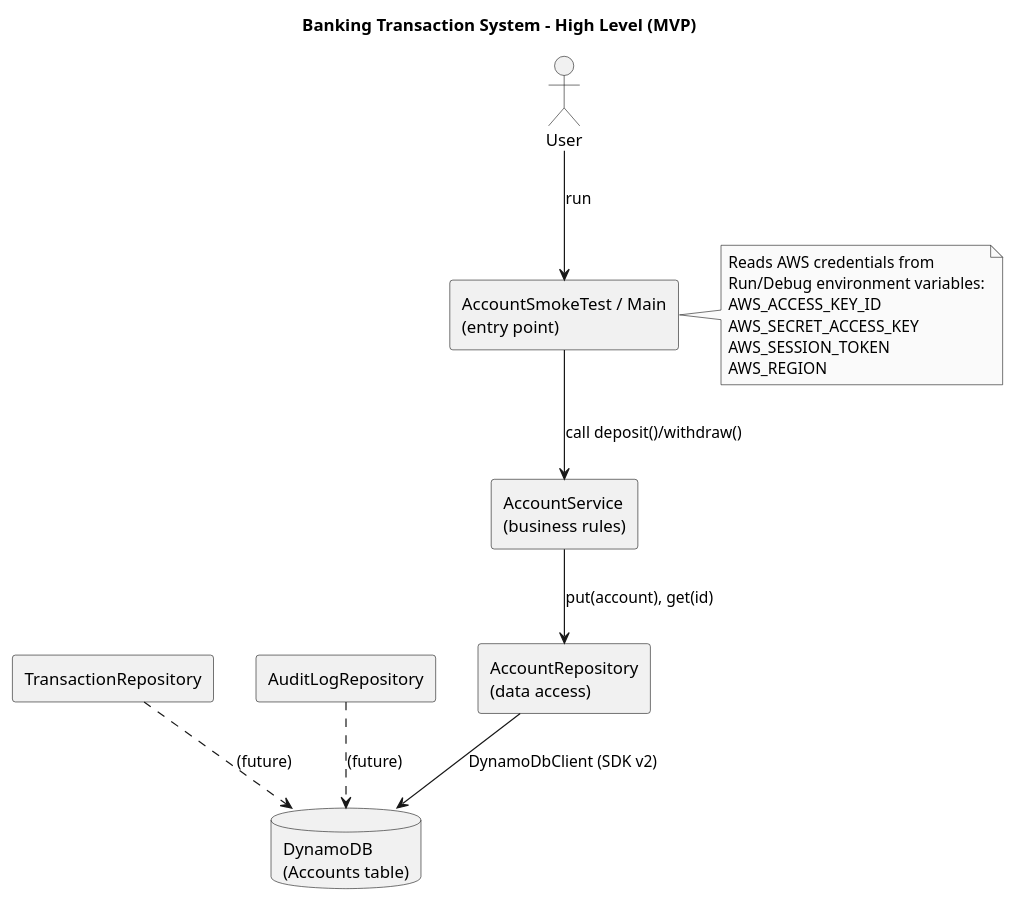
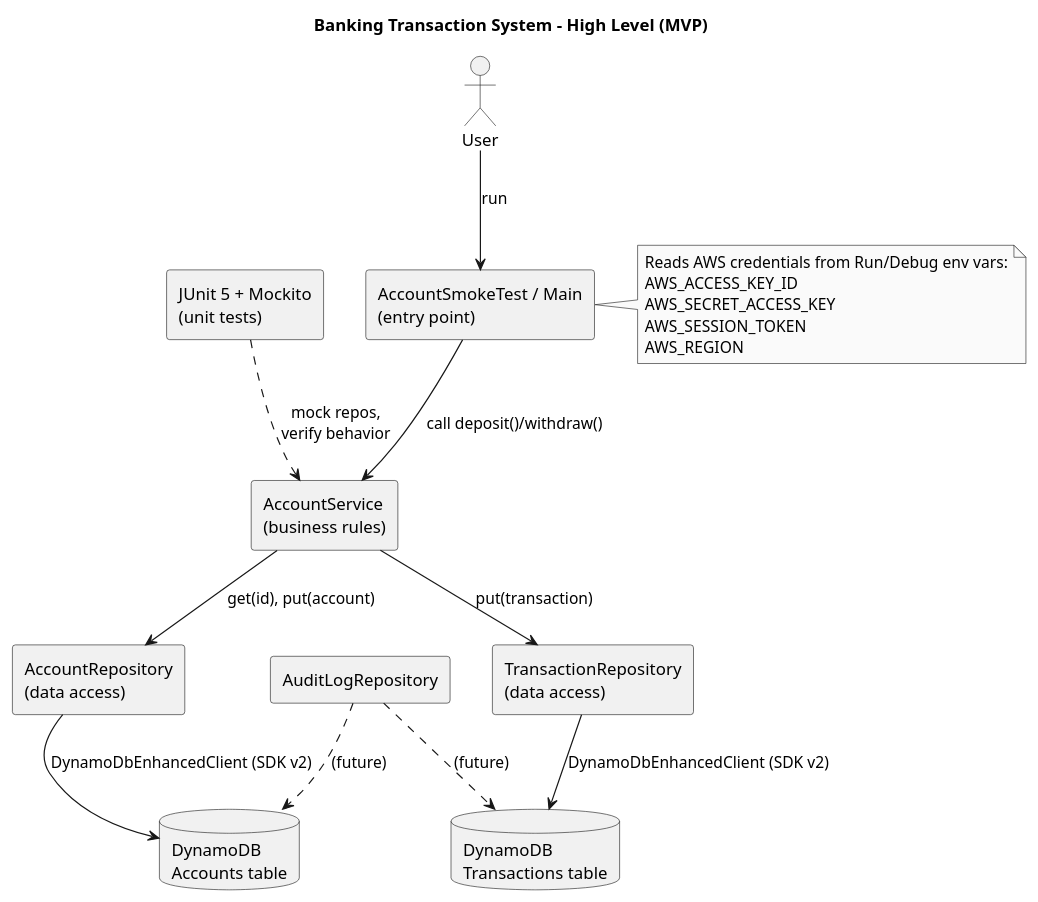
Before and after one commit to hari-muvvala/banking-transaction-system: the diagram in docs/diagrams/architecture.puml, drawn with PlantUML. The commit also changed 1 other file, not shown here.

Commit message:
docs(diagrams): update architecture.puml and refresh high-level system architecture PNG

```diff
--- a/docs/diagrams/architecture.puml
+++ b/docs/diagrams/architecture.puml
@@ -1,34 +1,42 @@
 @startuml BankingArchitecture
 title Banking Transaction System - High Level (MVP)
 
 skinparam componentStyle rectangle
 skinparam shadowing false
 skinparam monochrome true
 
 actor User as user
 
 component "AccountSmokeTest / Main\n(entry point)" as entry
 component "AccountService\n(business rules)" as svc
-component "AccountRepository\n(data access)" as repo
-database "DynamoDB\n(Accounts table)" as ddb
+
+component "AccountRepository\n(data access)" as accRepo
+component "TransactionRepository\n(data access)" as txRepo
+database  "DynamoDB\nAccounts table" as accTable
+database  "DynamoDB\nTransactions table" as txTable
 
 note right of entry
-  Reads AWS credentials from
-  Run/Debug environment variables:
+  Reads AWS credentials from Run/Debug env vars:
   AWS_ACCESS_KEY_ID
   AWS_SECRET_ACCESS_KEY
   AWS_SESSION_TOKEN
   AWS_REGION
 end note
 
 user --> entry : run
-entry --> svc : call deposit()/withdraw()
-svc --> repo : put(account), get(id)
-repo --> ddb : DynamoDbClient (SDK v2)
+entry --> svc  : call deposit()/withdraw()
+svc  --> accRepo : get(id), put(account)
+svc  --> txRepo  : put(transaction)
+accRepo --> accTable : DynamoDbEnhancedClient (SDK v2)
+txRepo  --> txTable  : DynamoDbEnhancedClient (SDK v2)
 
-component "TransactionRepository" as txrepo
+' Future (not in MVP code yet)
 component "AuditLogRepository" as audit
-txrepo ..> ddb : (future)
-audit  ..> ddb : (future)
+audit ..> accTable : (future)
+audit ..> txTable  : (future)
+
+' Tests
+component "JUnit 5 + Mockito\n(unit tests)" as tests
+tests ..> svc : mock repos,\nverify behavior
 
 @enduml
```
